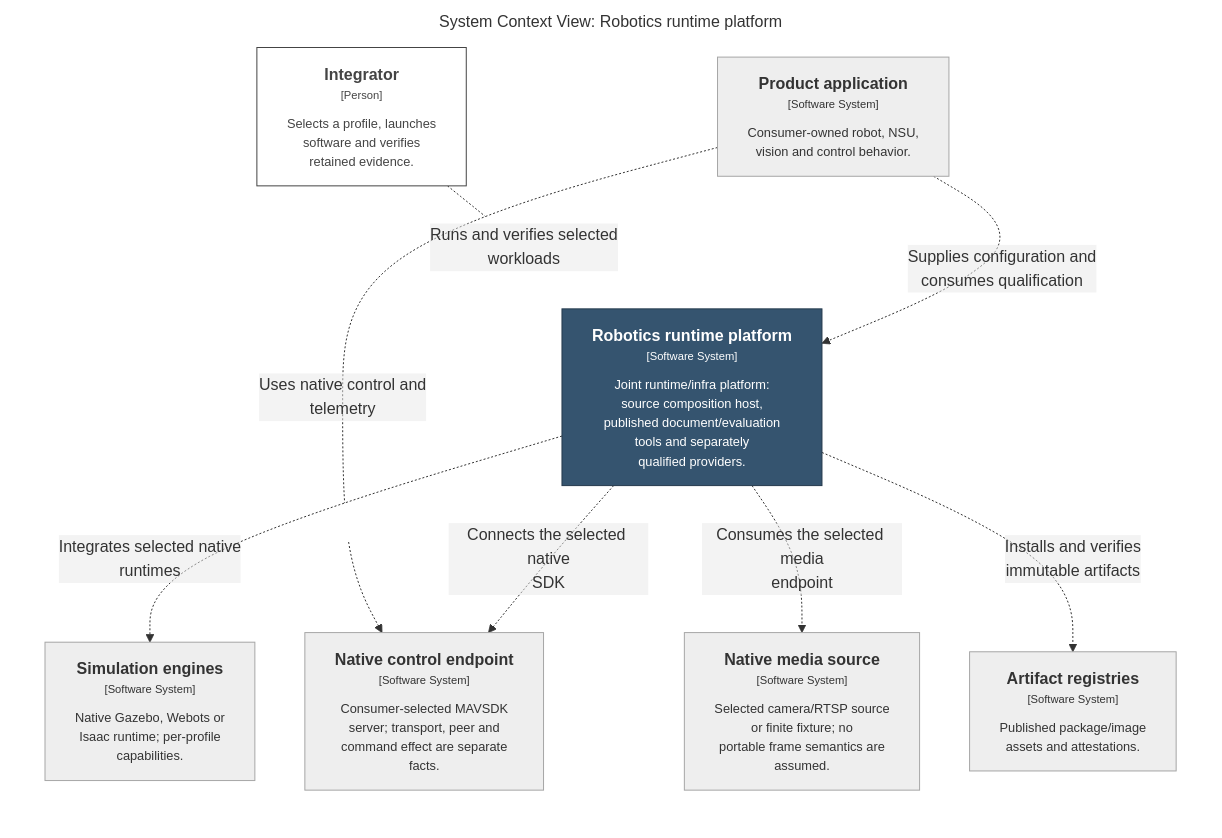
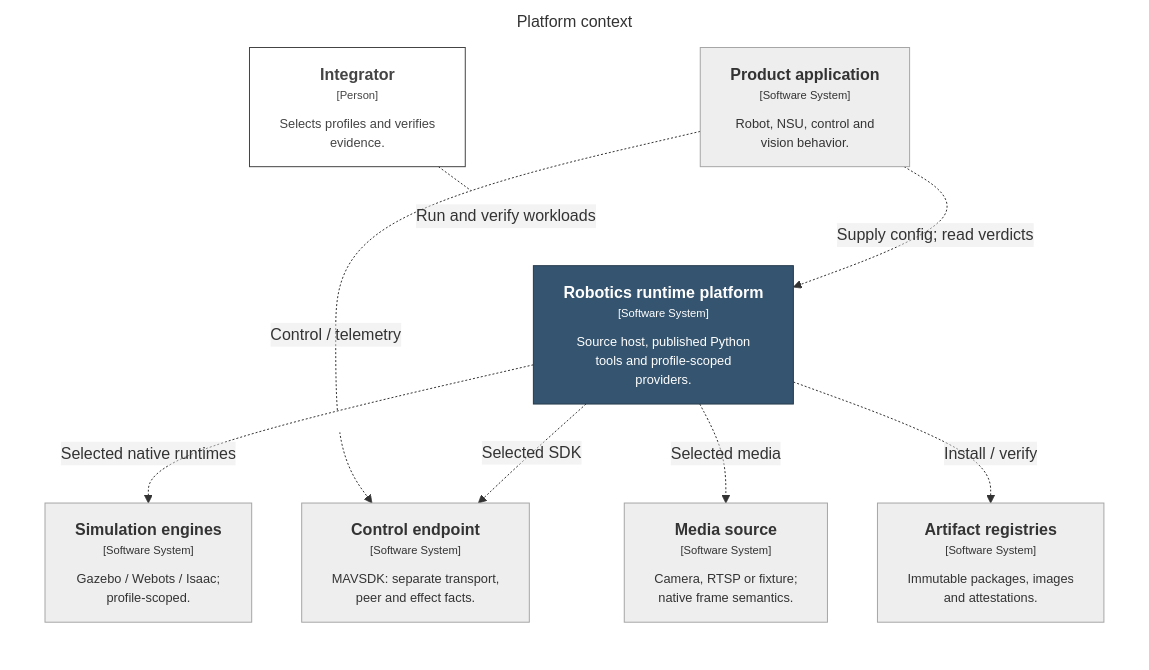
The diagram in docs/architecture/generated/structurizr-Context.mmd (mmkolpakov/robotics-runtime), drawn with Mermaid before and after one commit. The commit also changed 11 other files, not shown here.

Commit message:
Compact architecture overview diagrams

```diff
--- a/docs/architecture/generated/structurizr-Context.mmd
+++ b/docs/architecture/generated/structurizr-Context.mmd
@@ -1,30 +1,30 @@
 graph LR
   linkStyle default fill:#ffffff
 
-  subgraph diagram ["System Context View: Robotics runtime platform"]
+  subgraph diagram ["Platform context"]
     style diagram fill:#ffffff,stroke:#ffffff
 
-    1["<div style='font-weight: bold'>Integrator</div><div style='font-size: 70%; margin-top: 0px'>[Person]</div><div style='font-size: 80%; margin-top:10px'>Selects a profile, launches<br />software and verifies<br />retained evidence.</div>"]
+    1["<div style='font-weight: bold'>Integrator</div><div style='font-size: 70%; margin-top: 0px'>[Person]</div><div style='font-size: 80%; margin-top:10px'>Selects profiles and verifies<br />evidence.</div>"]
     style 1 fill:#ffffff,stroke:#444444,color:#444444
-    2["<div style='font-weight: bold'>Product application</div><div style='font-size: 70%; margin-top: 0px'>[Software System]</div><div style='font-size: 80%; margin-top:10px'>Consumer-owned robot, NSU,<br />vision and control behavior.</div>"]
+    2["<div style='font-weight: bold'>Product application</div><div style='font-size: 70%; margin-top: 0px'>[Software System]</div><div style='font-size: 80%; margin-top:10px'>Robot, NSU, control and<br />vision behavior.</div>"]
     style 2 fill:#eeeeee,stroke:#a6a6a6,color:#333333
-    3["<div style='font-weight: bold'>Simulation engines</div><div style='font-size: 70%; margin-top: 0px'>[Software System]</div><div style='font-size: 80%; margin-top:10px'>Native Gazebo, Webots or<br />Isaac runtime; per-profile<br />capabilities.</div>"]
+    3["<div style='font-weight: bold'>Simulation engines</div><div style='font-size: 70%; margin-top: 0px'>[Software System]</div><div style='font-size: 80%; margin-top:10px'>Gazebo / Webots / Isaac;<br />profile-scoped.</div>"]
     style 3 fill:#eeeeee,stroke:#a6a6a6,color:#333333
-    4["<div style='font-weight: bold'>Native control endpoint</div><div style='font-size: 70%; margin-top: 0px'>[Software System]</div><div style='font-size: 80%; margin-top:10px'>Consumer-selected MAVSDK<br />server; transport, peer and<br />command effect are separate<br />facts.</div>"]
+    4["<div style='font-weight: bold'>Control endpoint</div><div style='font-size: 70%; margin-top: 0px'>[Software System]</div><div style='font-size: 80%; margin-top:10px'>MAVSDK: separate transport,<br />peer and effect facts.</div>"]
     style 4 fill:#eeeeee,stroke:#a6a6a6,color:#333333
-    5["<div style='font-weight: bold'>Native media source</div><div style='font-size: 70%; margin-top: 0px'>[Software System]</div><div style='font-size: 80%; margin-top:10px'>Selected camera/RTSP source<br />or finite fixture; no<br />portable frame semantics are<br />assumed.</div>"]
+    5["<div style='font-weight: bold'>Media source</div><div style='font-size: 70%; margin-top: 0px'>[Software System]</div><div style='font-size: 80%; margin-top:10px'>Camera, RTSP or fixture;<br />native frame semantics.</div>"]
     style 5 fill:#eeeeee,stroke:#a6a6a6,color:#333333
-    6["<div style='font-weight: bold'>Artifact registries</div><div style='font-size: 70%; margin-top: 0px'>[Software System]</div><div style='font-size: 80%; margin-top:10px'>Published package/image<br />assets and attestations.</div>"]
+    6["<div style='font-weight: bold'>Artifact registries</div><div style='font-size: 70%; margin-top: 0px'>[Software System]</div><div style='font-size: 80%; margin-top:10px'>Immutable packages, images<br />and attestations.</div>"]
     style 6 fill:#eeeeee,stroke:#a6a6a6,color:#333333
-    7["<div style='font-weight: bold'>Robotics runtime platform</div><div style='font-size: 70%; margin-top: 0px'>[Software System]</div><div style='font-size: 80%; margin-top:10px'>Joint runtime/infra platform:<br />source composition host,<br />published document/evaluation<br />tools and separately<br />qualified providers.</div>"]
+    7["<div style='font-weight: bold'>Robotics runtime platform</div><div style='font-size: 70%; margin-top: 0px'>[Software System]</div><div style='font-size: 80%; margin-top:10px'>Source host, published Python<br />tools and profile-scoped<br />providers.</div>"]
     style 7 fill:#35546f,stroke:#253a4d,color:#ffffff
 
-    1-. "<div>Runs and verifies selected<br />workloads</div><div style='font-size: 70%'></div>" .->7
-    2-. "<div>Supplies configuration and<br />consumes qualification</div><div style='font-size: 70%'></div>" .->7
-    2-. "<div>Uses native control and<br />telemetry</div><div style='font-size: 70%'></div>" .->4
-    7-. "<div>Integrates selected native<br />runtimes</div><div style='font-size: 70%'></div>" .->3
-    7-. "<div>Connects the selected native<br />SDK</div><div style='font-size: 70%'></div>" .->4
-    7-. "<div>Consumes the selected media<br />endpoint</div><div style='font-size: 70%'></div>" .->5
-    7-. "<div>Installs and verifies<br />immutable artifacts</div><div style='font-size: 70%'></div>" .->6
+    1-. "<div>Run and verify workloads</div><div style='font-size: 70%'></div>" .->7
+    2-. "<div>Supply config; read verdicts</div><div style='font-size: 70%'></div>" .->7
+    2-. "<div>Control / telemetry</div><div style='font-size: 70%'></div>" .->4
+    7-. "<div>Selected native runtimes</div><div style='font-size: 70%'></div>" .->3
+    7-. "<div>Selected SDK</div><div style='font-size: 70%'></div>" .->4
+    7-. "<div>Selected media</div><div style='font-size: 70%'></div>" .->5
+    7-. "<div>Install / verify</div><div style='font-size: 70%'></div>" .->6
 
   end
```
